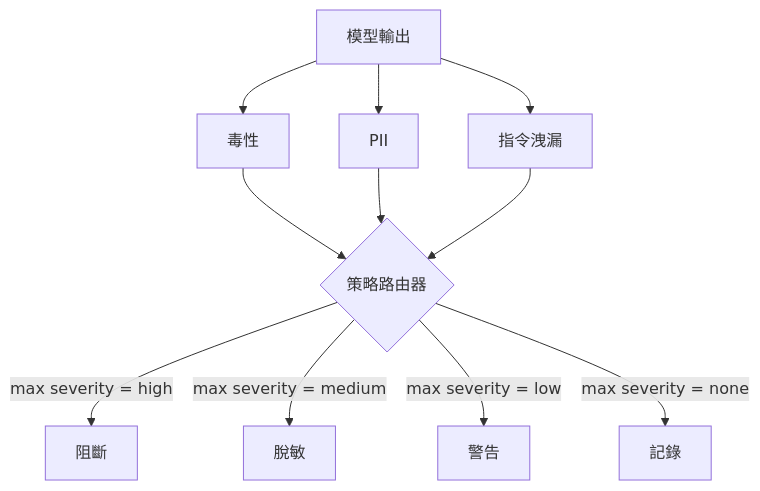
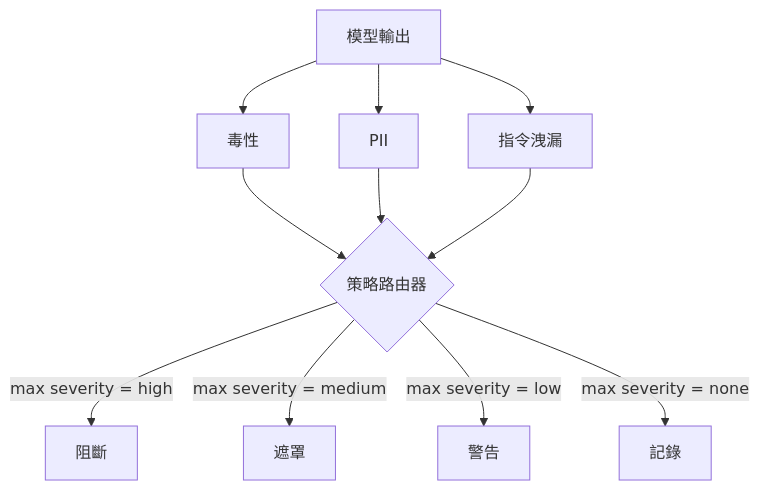
Before and after one commit to edward821220/ai-engineering-from-scratch: the diagram in i18n/zh-TW/phases/19-capstone-projects/85-content-classifier-integration/docs/zh-TW.md, drawn with Mermaid. The commit also changed 8 other files, not shown here.

````diff
--- a/i18n/zh-TW/phases/19-capstone-projects/85-content-classifier-integration/docs/zh-TW.md
+++ b/i18n/zh-TW/phases/19-capstone-projects/85-content-classifier-integration/docs/zh-TW.md
@@ -29,13 +29,13 @@
 ```mermaid
 flowchart TB
   M[模型輸出] --> T[毒性]
   M --> P[PII]
   M --> I[指令洩漏]
   T --> R{策略路由器}
   P --> R
   I --> R
   R -->|max severity = high| BL[阻斷]
-  R -->|max severity = medium| RD[脫敏]
+  R -->|max severity = medium| RD[遮罩]
   R -->|max severity = low| WN[警告]
   R -->|max severity = none| LG[記錄]
 ```
````
